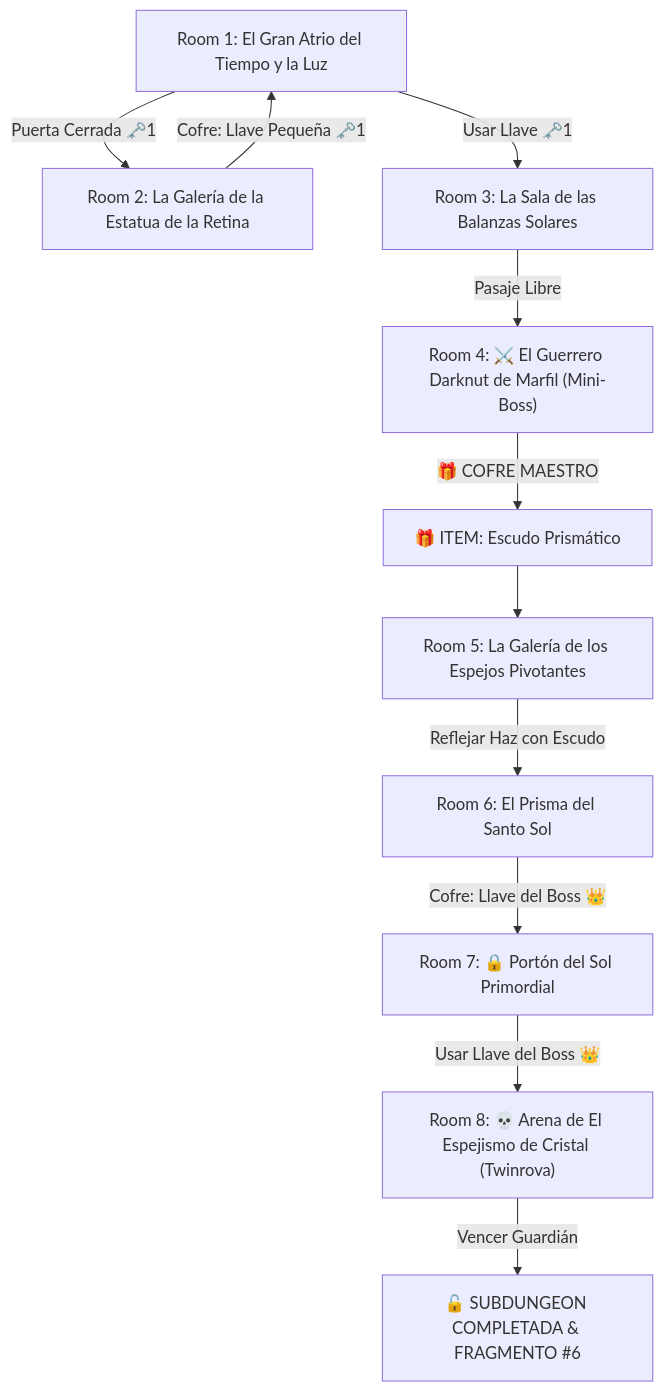
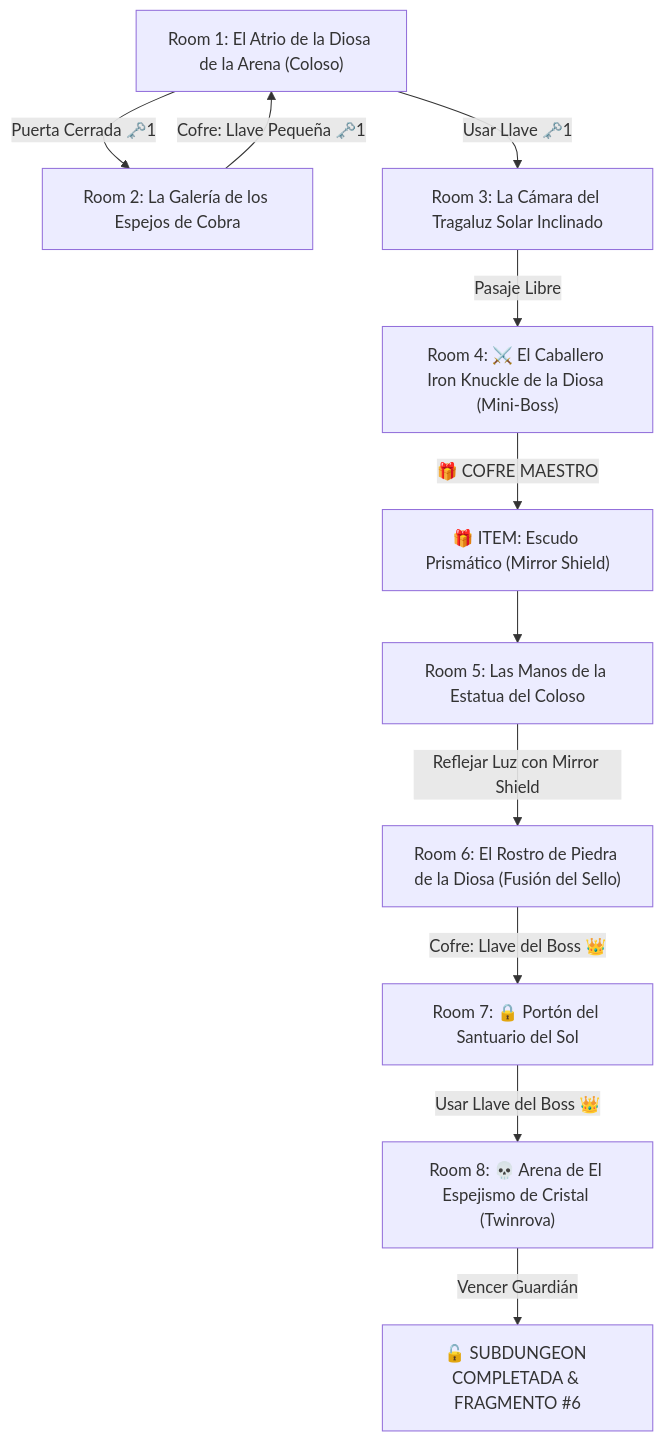
Before and after one commit to linkmati/ShivathLyss: the diagram in 7 - DM/OneShots/ARepeat/Subdungeons/06_Subdungeon_Luz_Santuario.md, drawn with Mermaid. The commit also changed other lines of this file and 18 other files, not shown here.

````diff
--- a/7 - DM/OneShots/ARepeat/Subdungeons/06_Subdungeon_Luz_Santuario.md
+++ b/7 - DM/OneShots/ARepeat/Subdungeons/06_Subdungeon_Luz_Santuario.md
@@ -14,13 +14,13 @@
 ```mermaid
 graph TD
-    S1["Room 1: El Gran Atrio del Tiempo y la Luz"] -->|Puerta Cerrada 🗝️1| S2["Room 2: La Galería de la Estatua de la Retina"]
+    S1["Room 1: El Atrio de la Diosa de la Arena (Coloso)"] -->|Puerta Cerrada 🗝️1| S2["Room 2: La Galería de los Espejos de Cobra"]
     S2 -->|Cofre: Llave Pequeña 🗝️1| S1
-    S1 -->|Usar Llave 🗝️1| S3["Room 3: La Sala de las Balanzas Solares"]
-    S3 -->|Pasaje Libre| S4["Room 4: ⚔️ El Guerrero Darknut de Marfil (Mini-Boss)"]
-    S4 -->|🎁 COFRE MAESTRO| Item["🎁 ITEM: Escudo Prismático"]
-    Item --> S5["Room 5: La Galería de los Espejos Pivotantes"]
-    S5 -->|Reflejar Haz con Escudo| S6["Room 6: El Prisma del Santo Sol"]
-    S6 -->|Cofre: Llave del Boss 👑| S7["Room 7: 🔒 Portón del Sol Primordial"]
+    S1 -->|Usar Llave 🗝️1| S3["Room 3: La Cámara del Tragaluz Solar Inclinado"]
+    S3 -->|Pasaje Libre| S4["Room 4: ⚔️ El Caballero Iron Knuckle de la Diosa (Mini-Boss)"]
+    S4 -->|🎁 COFRE MAESTRO| Item["🎁 ITEM: Escudo Prismático (Mirror Shield)"]
+    Item --> S5["Room 5: Las Manos de la Estatua del Coloso"]
+    S5 -->|Reflejar Luz con Mirror Shield| S6["Room 6: El Rostro de Piedra de la Diosa (Fusión del Sello)"]
+    S6 -->|Cofre: Llave del Boss 👑| S7["Room 7: 🔒 Portón del Santuario del Sol"]
     S7 -->|Usar Llave del Boss 👑| S8["Room 8: 💀 Arena de El Espejismo de Cristal (Twinrova)"]
     S8 -->|Vencer Guardián| Win["🔓 SUBDUNGEON COMPLETADA & FRAGMENTO #6"]
 ```
````
